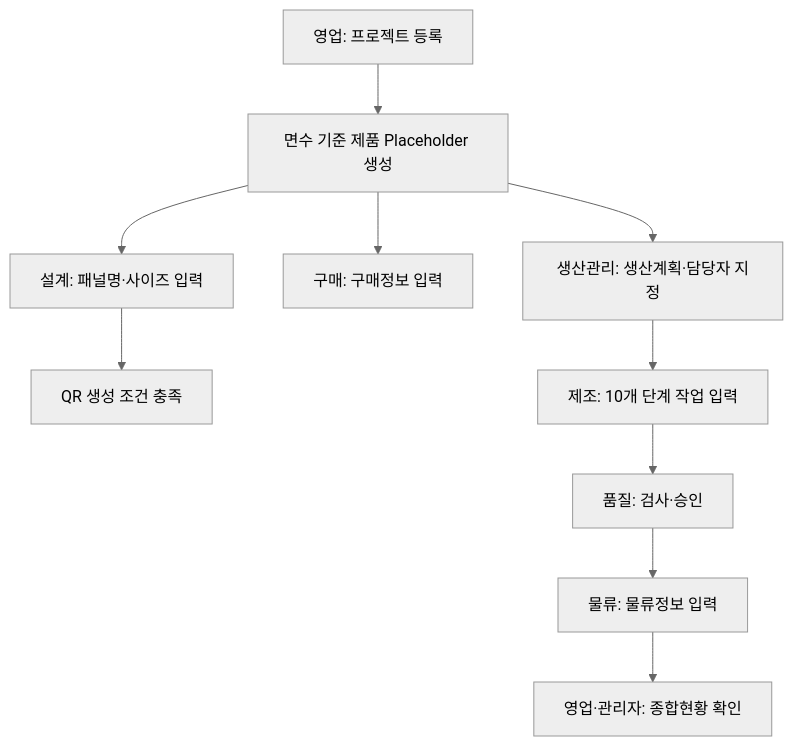
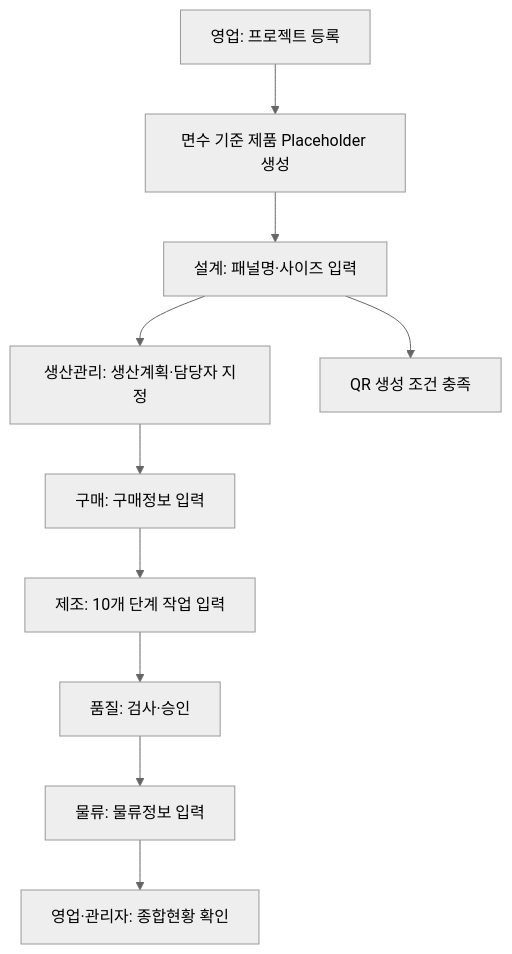
One commit to emisubin/emi-qms changed the diagram in docs/02-business-flow.md. Above: the diagram before and after it, drawn with Mermaid (neutral theme). The commit also changed 37 other files, not shown here.

````diff
--- a/docs/02-business-flow.md
+++ b/docs/02-business-flow.md
@@ -5,12 +5,12 @@
 ```mermaid
 flowchart TD
     A[영업: 프로젝트 등록] --> B[면수 기준 제품 Placeholder 생성]
     B --> C[설계: 패널명·사이즈 입력]
-    B --> D[구매: 구매정보 입력]
-    B --> E[생산관리: 생산계획·담당자 지정]
+    C --> E[생산관리: 생산계획·담당자 지정]
+    E --> D[구매: 구매정보 입력]
     C --> F[QR 생성 조건 충족]
-    E --> G[제조: 10개 단계 작업 입력]
+    D --> G[제조: 10개 단계 작업 입력]
     G --> H[품질: 검사·승인]
     H --> I[물류: 물류정보 입력]
     I --> J[영업·관리자: 종합현황 확인]
 ```
````
